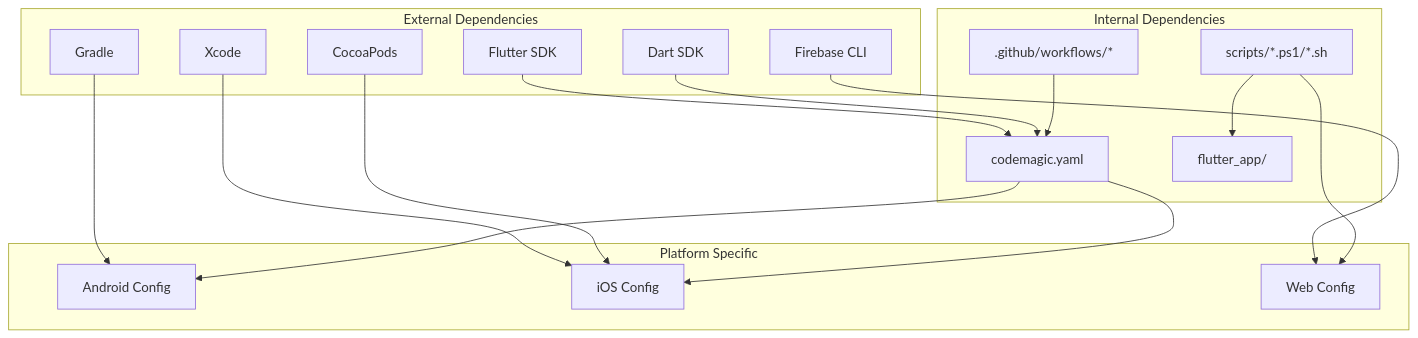
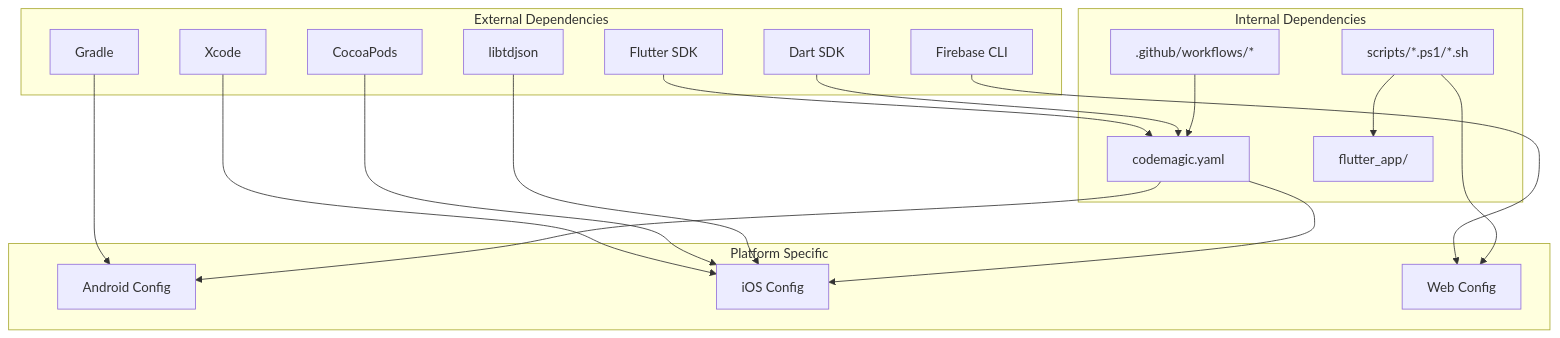
The third of 3 diagrams in .qoder/repowiki/en/content/Deployment & DevOps/CI_CD Pipeline Configuration/CI_CD Pipeline Configuration.md (raihom-netizen/com.gestaoyahwehios.app), drawn with Mermaid before and after one commit. The commit also changed other lines of this file and 161 other files, not shown here.

````diff
--- a/.qoder/repowiki/en/content/Deployment & DevOps/CI_CD Pipeline Configuration/CI_CD Pipeline Configuration.md
+++ b/.qoder/repowiki/en/content/Deployment & DevOps/CI_CD Pipeline Configuration/CI_CD Pipeline Configuration.md
@@ -203,33 +212,35 @@
 ```mermaid
 graph TD
 subgraph "External Dependencies"
 FlutterSDK["Flutter SDK"]
 DartSDK["Dart SDK"]
 Gradle["Gradle"]
 Xcode["Xcode"]
 CocoaPods["CocoaPods"]
 FirebaseCLI["Firebase CLI"]
+libtdjson["libtdjson"]
 end
 subgraph "Internal Dependencies"
 CodemagicYAML["codemagic.yaml"]
 GitHubActions[".github/workflows/*"]
 BuildScripts["scripts/*.ps1/*.sh"]
 FlutterApp["flutter_app/"]
 end
 subgraph "Platform Specific"
 AndroidConfig["Android Config"]
 iOSConfig["iOS Config"]
 WebConfig["Web Config"]
 end
 FlutterSDK --> CodemagicYAML
 DartSDK --> CodemagicYAML
 Gradle --> AndroidConfig
 Xcode --> iOSConfig
 CocoaPods --> iOSConfig
+libtdjson --> iOSConfig
 FirebaseCLI --> WebConfig
 GitHubActions --> CodemagicYAML
 BuildScripts --> FlutterApp
 CodemagicYAML --> AndroidConfig
 CodemagicYAML --> iOSConfig
 BuildScripts --> WebConfig
 ```
````
